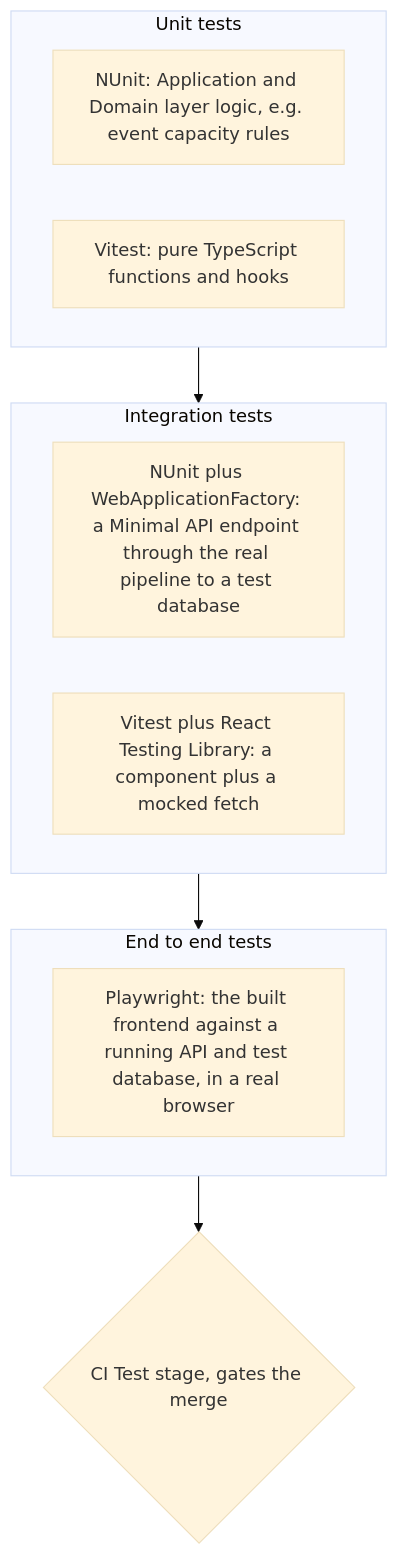
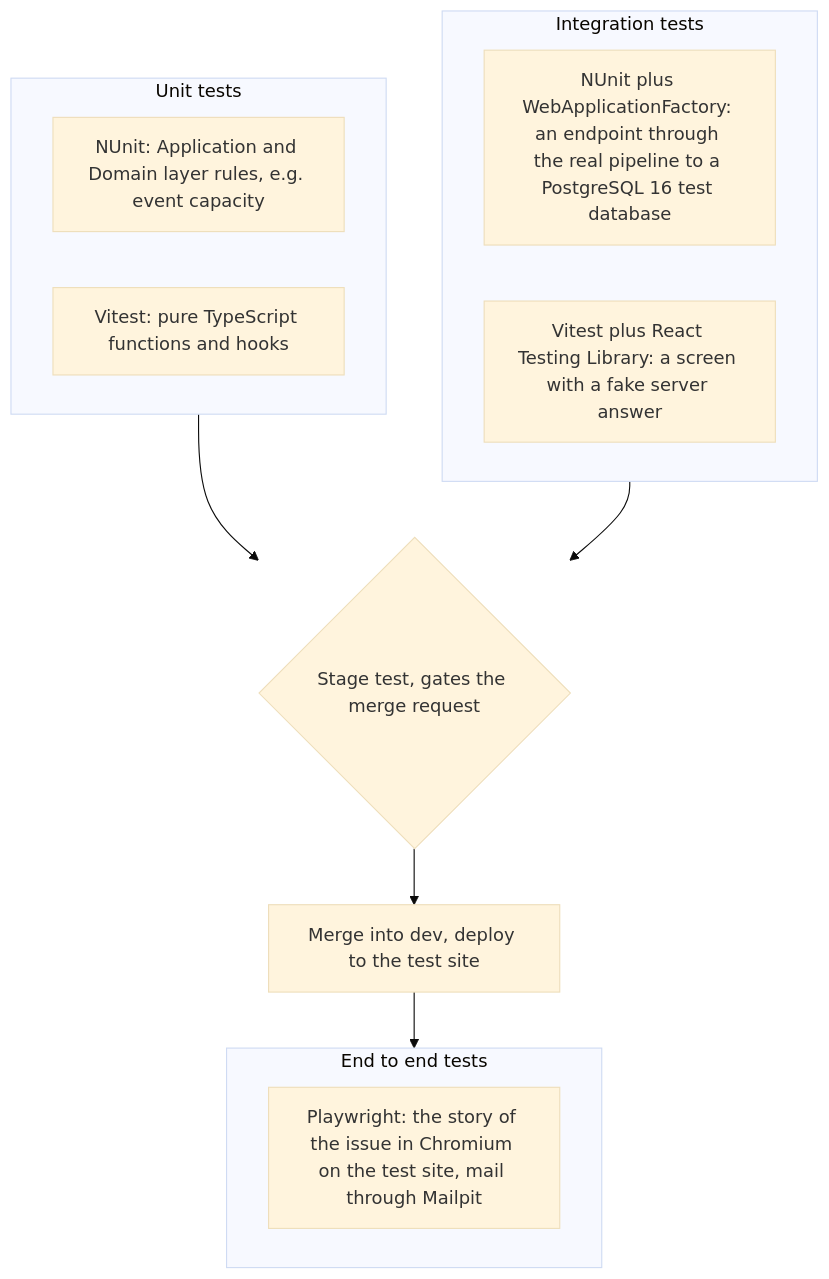
The diagram in docs/testing/testingStrategy.md (guruITA/connect-nine), drawn with Mermaid (base theme) before and after one commit. The commit also changed other lines of this file and 21 other files, not shown here.

````diff
--- a/docs/testing/testingStrategy.md
+++ b/docs/testing/testingStrategy.md
@@ -62,16 +74,18 @@
 ```mermaid
 flowchart TB
     subgraph Unit["Unit tests"]
-        UnitBE["NUnit: Application and Domain layer logic, e.g. event capacity rules"]
+        UnitBE["NUnit: Application and Domain layer rules, e.g. event capacity"]
         UnitFE["Vitest: pure TypeScript functions and hooks"]
     end
     subgraph Integration["Integration tests"]
-        IntBE["NUnit plus WebApplicationFactory: a Minimal API endpoint through the real pipeline to a test database"]
-        IntFE["Vitest plus React Testing Library: a component plus a mocked fetch"]
+        IntBE["NUnit plus WebApplicationFactory: an endpoint through the real pipeline to a PostgreSQL 16 test database"]
+        IntFE["Vitest plus React Testing Library: a screen with a fake server answer"]
     end
     subgraph E2E["End to end tests"]
-        E2EFull["Playwright: the built frontend against a running API and test database, in a real browser"]
+        E2EFull["Playwright: the story of the issue in Chromium on the test site, mail through Mailpit"]
     end
-    Unit --> Integration --> E2E
-    E2E --> Gate{"CI Test stage, gates the merge"}
+    Unit --> MR{"Stage test, gates the merge request"}
+    Integration --> MR
+    MR --> Deploy["Merge into dev, deploy to the test site"]
+    Deploy --> E2E
 ```
````
